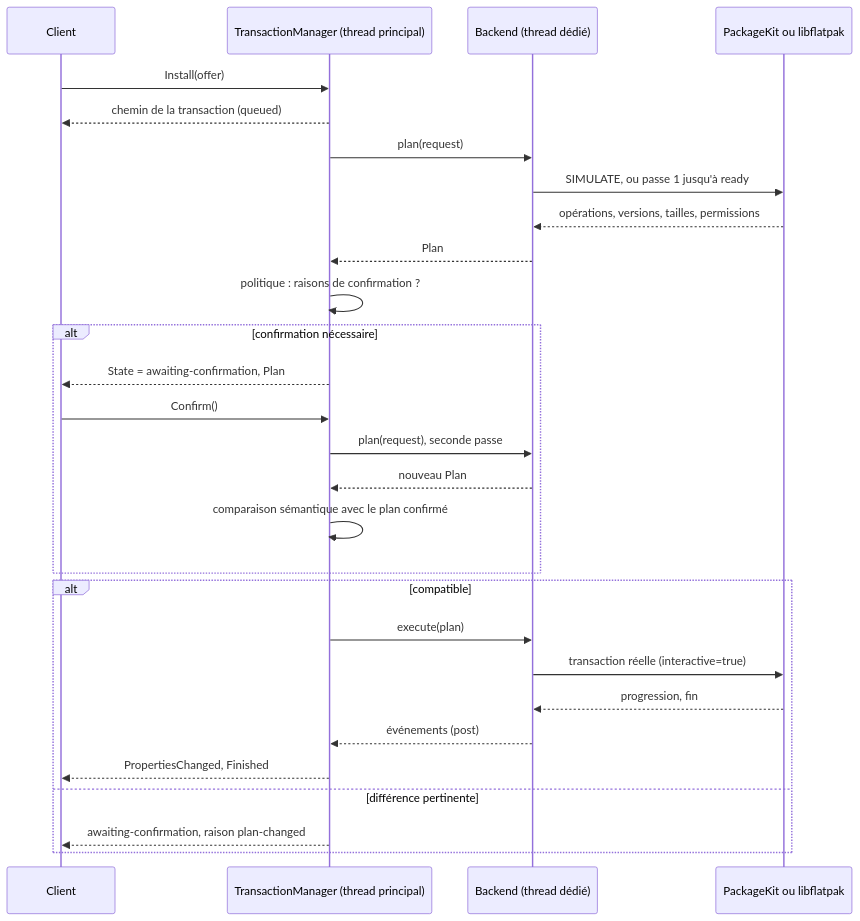
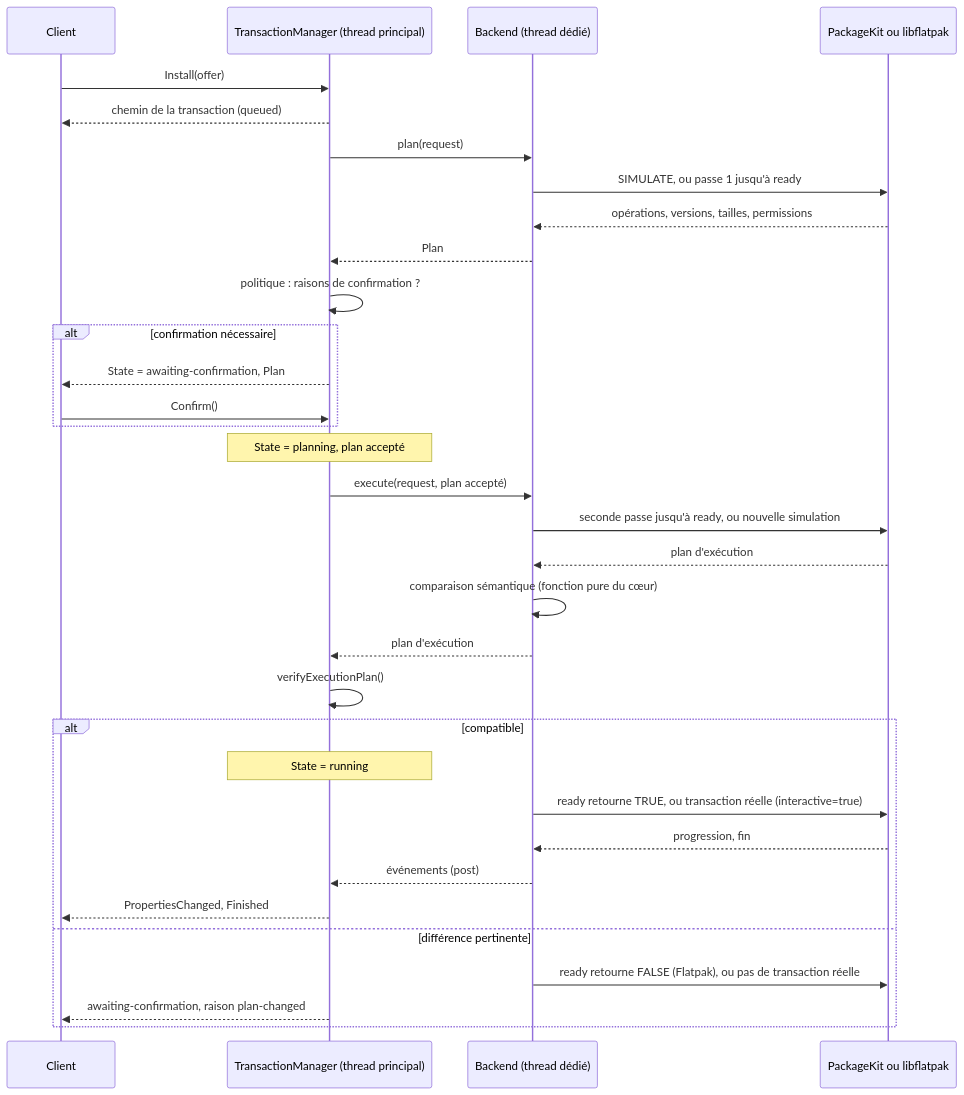
One commit to SachaGrdc/cutefish-store changed the third of 3 diagrams in docs/SERVICE.md. Above: the diagram before and after it, drawn with Mermaid. The commit also changed other lines of this file and 2 other files, not shown here.

First line of the commit message:
docs: record the execution-plan check, journal retention and confirmation delay

````diff
--- a/docs/SERVICE.md
+++ b/docs/SERVICE.md
@@ -476,30 +481,35 @@
 ```mermaid
 sequenceDiagram
     participant C as Client
     participant M as TransactionManager (thread principal)
     participant B as Backend (thread dédié)
     participant P as PackageKit ou libflatpak
     C->>M: Install(offer)
     M-->>C: chemin de la transaction (queued)
     M->>B: plan(request)
     B->>P: SIMULATE, ou passe 1 jusqu'à ready
     P-->>B: opérations, versions, tailles, permissions
     B-->>M: Plan
     M->>M: politique : raisons de confirmation ?
     alt confirmation nécessaire
         M-->>C: State = awaiting-confirmation, Plan
         C->>M: Confirm()
-        M->>B: plan(request), seconde passe
-        B-->>M: nouveau Plan
-        M->>M: comparaison sémantique avec le plan confirmé
     end
+    Note over M: State = planning, plan accepté
+    M->>B: execute(request, plan accepté)
+    B->>P: seconde passe jusqu'à ready, ou nouvelle simulation
+    P-->>B: plan d'exécution
+    B->>B: comparaison sémantique (fonction pure du cœur)
+    B-->>M: plan d'exécution
+    M->>M: verifyExecutionPlan()
     alt compatible
-        M->>B: execute(plan)
-        B->>P: transaction réelle (interactive=true)
+        Note over M: State = running
+        B->>P: ready retourne TRUE, ou transaction réelle (interactive=true)
         P-->>B: progression, fin
         B-->>M: événements (post)
         M-->>C: PropertiesChanged, Finished
     else différence pertinente
+        B->>P: ready retourne FALSE (Flatpak), ou pas de transaction réelle
         M-->>C: awaiting-confirmation, raison plan-changed
     end
 ```
````
